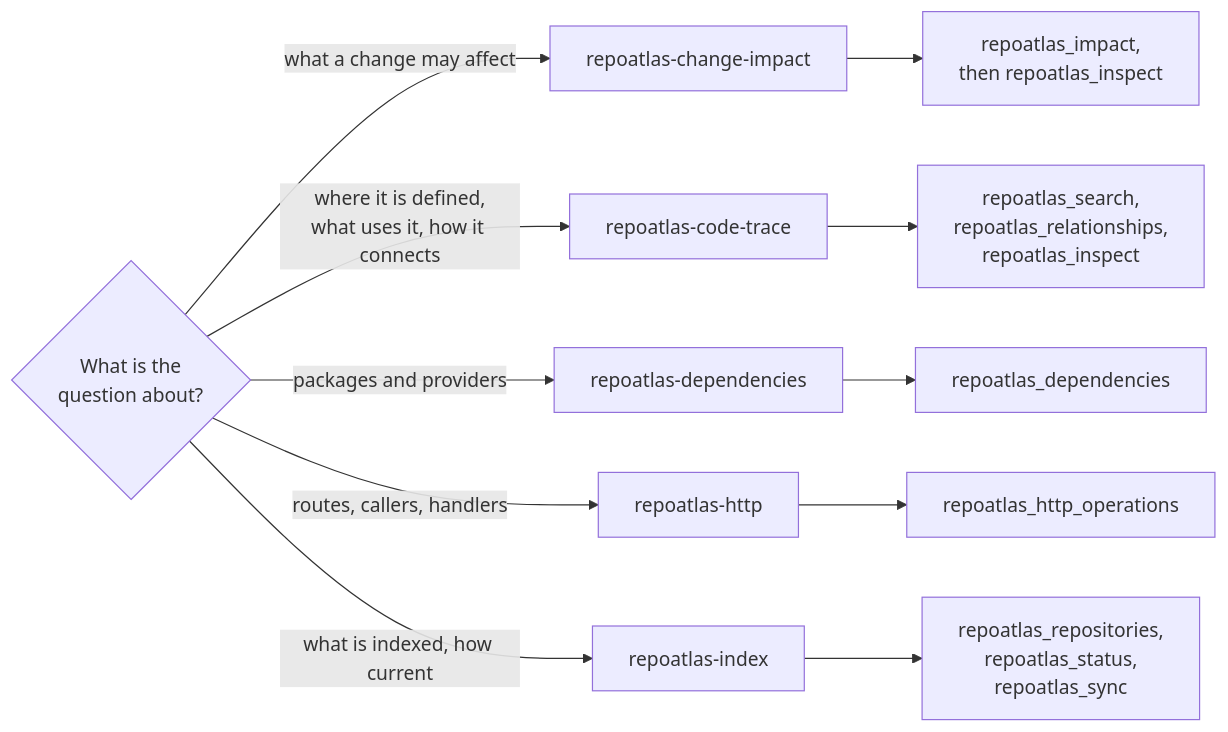
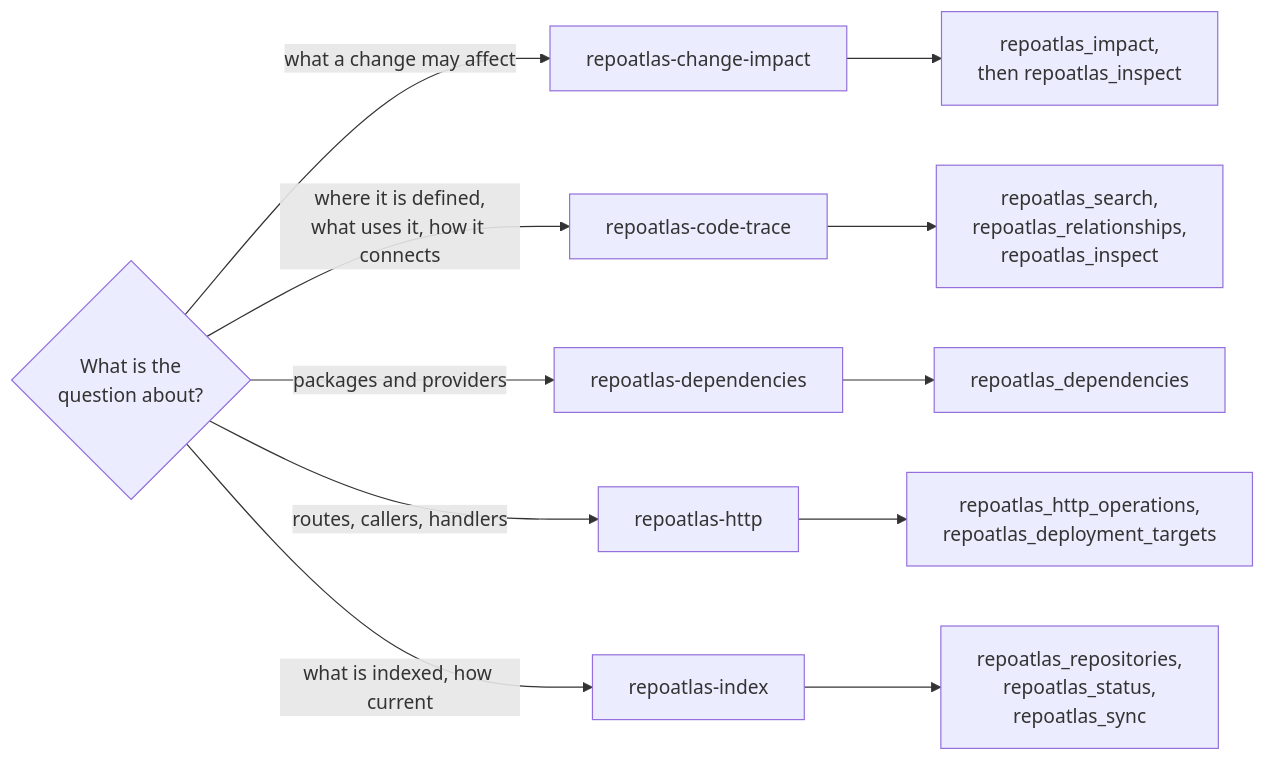
Before and after one commit to Symasc/RepoAtlas: the second of 2 diagrams in docs/agent-integration.md, drawn with Mermaid. The commit also changed other lines of this file and 42 other files, not shown here.

````diff
--- a/docs/agent-integration.md
+++ b/docs/agent-integration.md
@@ -131,14 +131,14 @@
 ```mermaid
 flowchart LR
     q{"What is the<br/>question about?"}
     q -->|"what a change may affect"| impact["repoatlas-change-impact"]
     q -->|"where it is defined,<br/>what uses it, how it connects"| trace["repoatlas-code-trace"]
     q -->|"packages and providers"| deps["repoatlas-dependencies"]
     q -->|"routes, callers, handlers"| http["repoatlas-http"]
     q -->|"what is indexed, how current"| idx["repoatlas-index"]
     impact --> t1["repoatlas_impact,<br/>then repoatlas_inspect"]
     trace --> t2["repoatlas_search,<br/>repoatlas_relationships,<br/>repoatlas_inspect"]
     deps --> t3["repoatlas_dependencies"]
-    http --> t4["repoatlas_http_operations"]
+    http --> t4["repoatlas_http_operations,<br/>repoatlas_deployment_targets"]
     idx --> t5["repoatlas_repositories,<br/>repoatlas_status,<br/>repoatlas_sync"]
 ```
````
